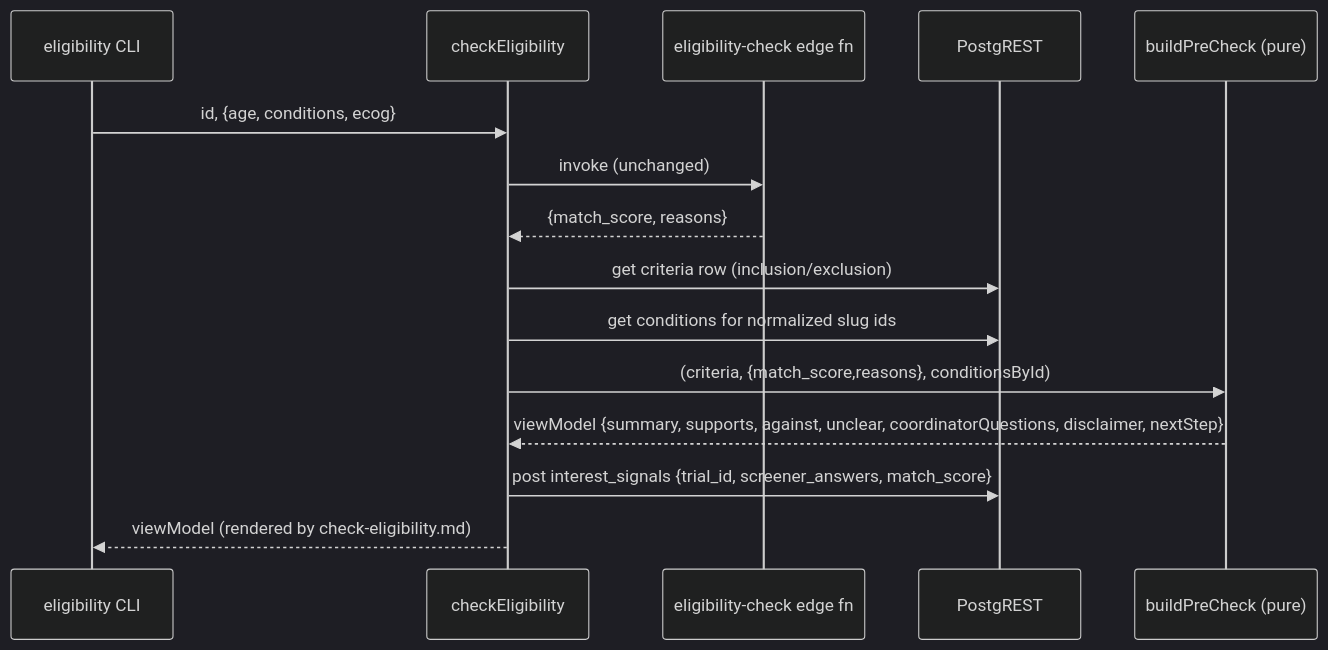
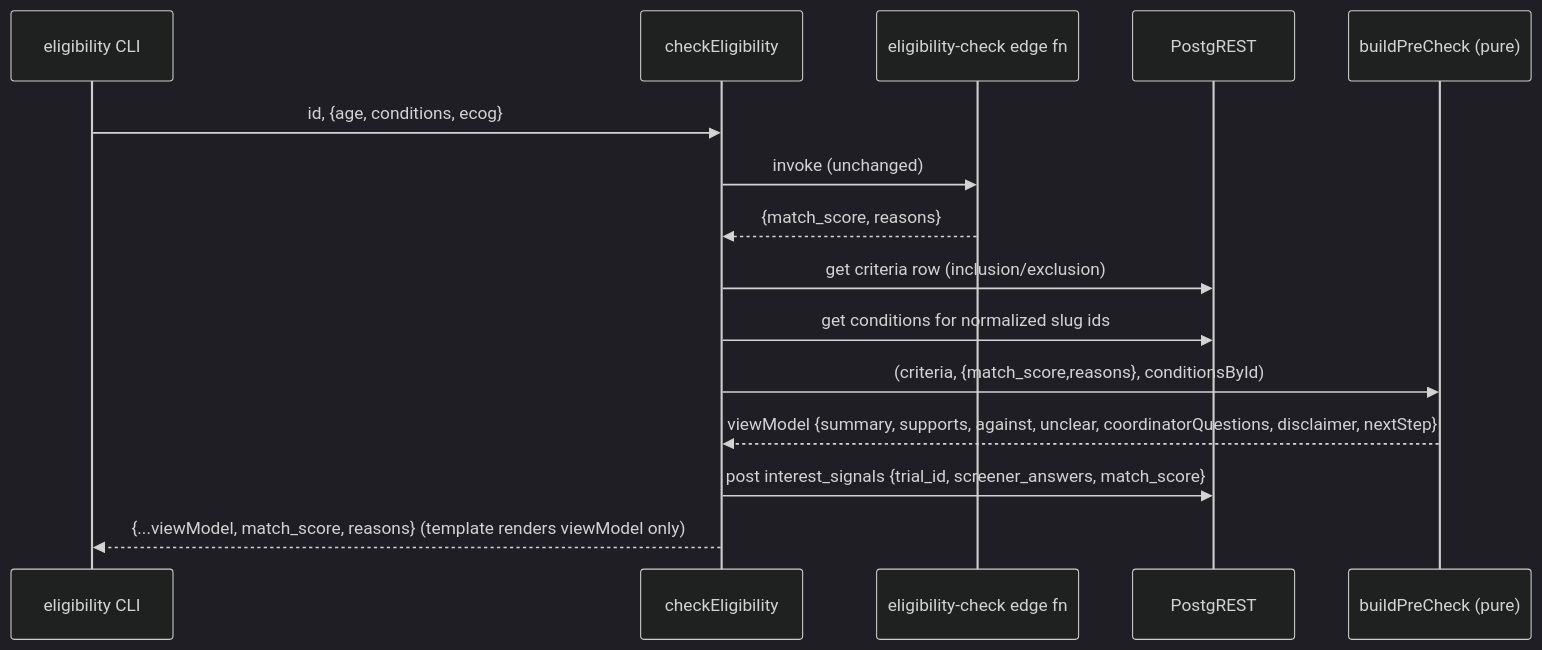
One commit to forwardimpact/bionova-apps changed the diagram in specs/10-eligibility-precheck/design-a.md. Above: the diagram before and after it, drawn with Mermaid (dark theme). The commit also changed other lines of this file, not shown here.

First line of the commit message:
design(10): retain match_score on handler return (X6 fix)

````diff
--- a/specs/10-eligibility-precheck/design-a.md
+++ b/specs/10-eligibility-precheck/design-a.md
@@ -61,17 +61,17 @@
 ```mermaid
 sequenceDiagram
   participant CLI as eligibility CLI
   participant H as checkEligibility
   participant E as eligibility-check edge fn
   participant DB as PostgREST
   participant V as buildPreCheck (pure)
   CLI->>H: id, {age, conditions, ecog}
   H->>E: invoke (unchanged)
   E-->>H: {match_score, reasons}
   H->>DB: get criteria row (inclusion/exclusion)
   H->>DB: get conditions for normalized slug ids
   H->>V: (criteria, {match_score,reasons}, conditionsById)
   V-->>H: viewModel {summary, supports, against, unclear, coordinatorQuestions, disclaimer, nextStep}
   H->>DB: post interest_signals {trial_id, screener_answers, match_score}
-  H-->>CLI: viewModel  (rendered by check-eligibility.md)
+  H-->>CLI: {...viewModel, match_score, reasons}  (template renders viewModel only)
 ```
````
